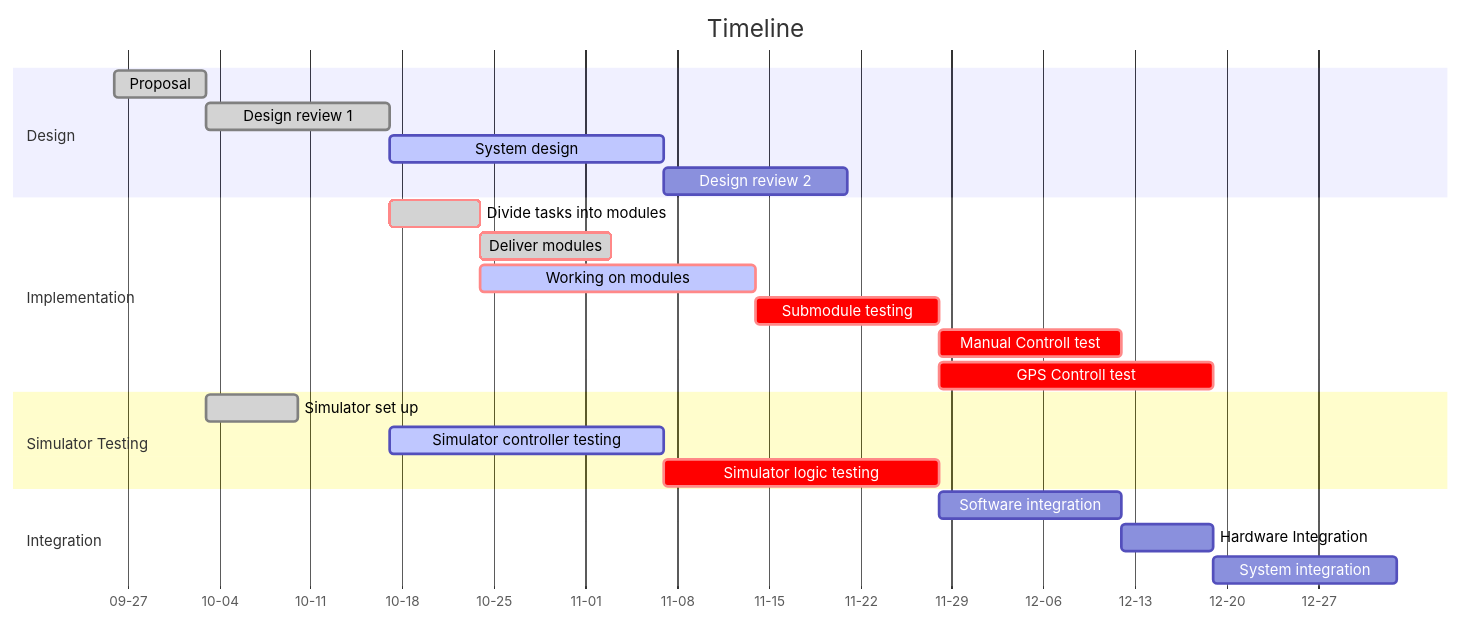
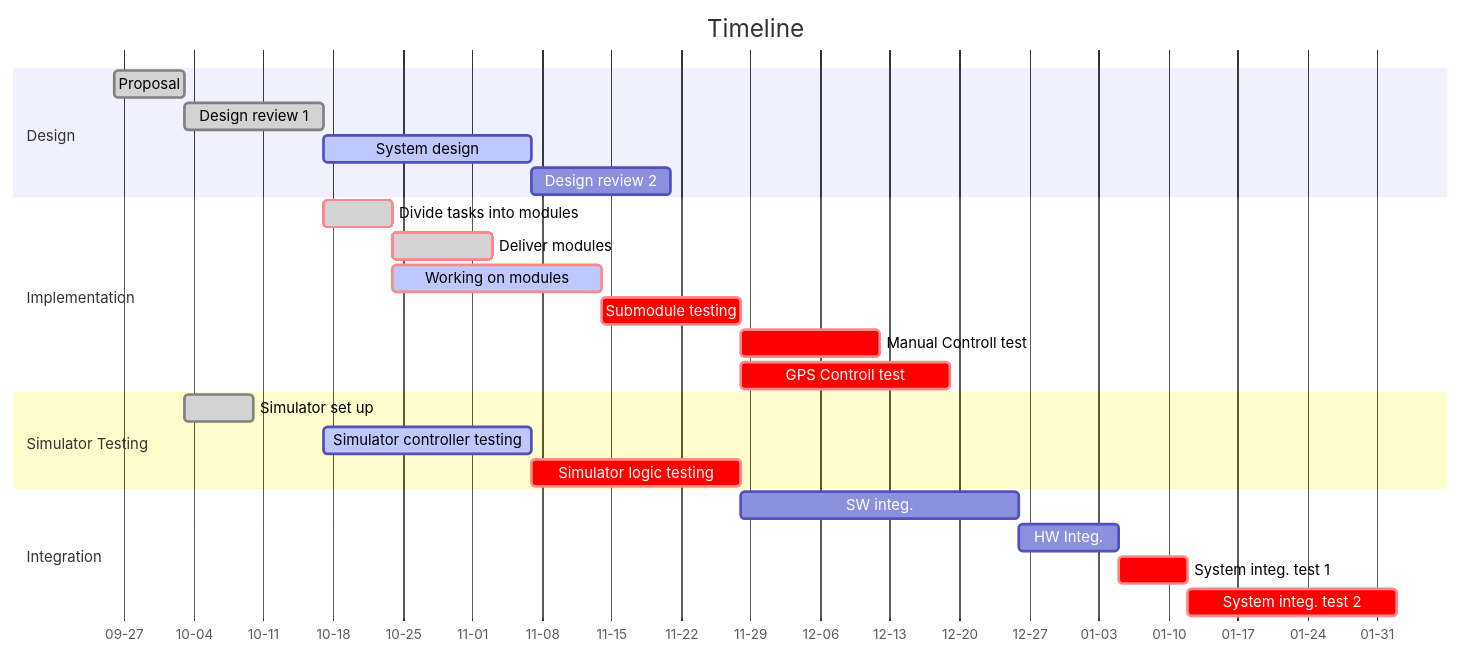
Before and after one commit to ubcuas/Airdrop-Software-2022: the diagram in README.md, drawn with Mermaid. The commit also changed other lines of this file and 40 other files, not shown here.

````diff
--- a/README.md
+++ b/README.md
@@ -43,30 +23,31 @@
 ```mermaid
 gantt
     title Timeline
     dateFormat  YYYY-MM-DD
 	axisFormat  %m-%d
 
     section Design
     Proposal            :done,    des1, 2020-09-26,2020-10-03
     Design review 1            :done,  des2, 2020-10-03, 2020-10-17
     System design               :active,         des3, after des2, 3w
     Design review 2              :         des4, after des3, 2w
 
     section Implementation
     Divide tasks into modules :crit, done, imp1, 2020-10-17,7d
     Deliver modules          :crit, done, after imp1, 10d
     Working on modules             :crit, active, imp2, after imp1, 3w
    	Submodule testing        :crit, imp3, after imp2, 2w
     Manual Controll test          :crit, imp4, after imp3, 2w
     GPS Controll test             :crit, imp5, after imp3, 3w
 
     section Simulator Testing
     Simulator set up               :done, s1, after des1, 1w
     Simulator controller testing      :active, s2, after des2  , 3w
     Simulator logic testing    :crit, doc1, after s2  , 3w
 
     section Integration
-    Software integration               :after doc1, 2w
-    Hardware Integration				: 1w
-	System integration					: 2w
+    SW integ.               :after doc1, 4w
+    HW Integ.				: 10d
+	  System integ. test 1					: crit, 1w
+    System integ. test 2					: crit, 3w
 ```
````
